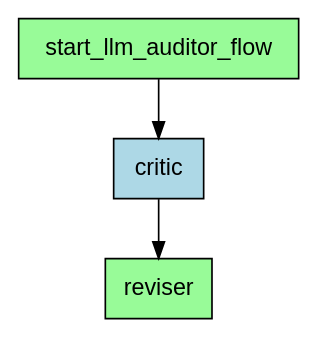
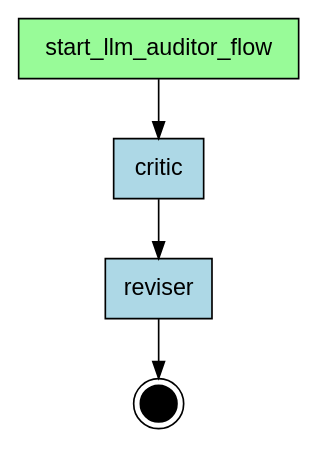
The diagram in examples/flows/compiled/async_sequential/flow.dot (deliveryhero/asya), drawn with Graphviz before and after one commit. The commit also changed 335 other files, not shown here.

First line of the commit message:
chore: regenerate all compiled flow artifacts

```diff
--- a/examples/flows/compiled/async_sequential/flow.dot
+++ b/examples/flows/compiled/async_sequential/flow.dot
@@ -1,11 +1,16 @@
-digraph "llm_auditor_flow" {
+digraph "async_sequential" {
     rankdir=TB;
     node [shape=box, style=filled, fontname="Helvetica"];
 
+    { rank=source; start_llm_auditor_flow; }
+
     critic [label="critic", fillcolor=lightblue];
-    reviser [label="reviser", fillcolor=palegreen];
+    reviser [label="reviser", fillcolor=lightblue];
     start_llm_auditor_flow [label="start_llm_auditor_flow", fillcolor=palegreen];
+
+    __end__ [label="", shape=doublecircle, fillcolor=black, width=0.3, fixedsize=true];
 
     start_llm_auditor_flow -> critic;
     critic -> reviser;
+    reviser -> __end__;
 }
```
